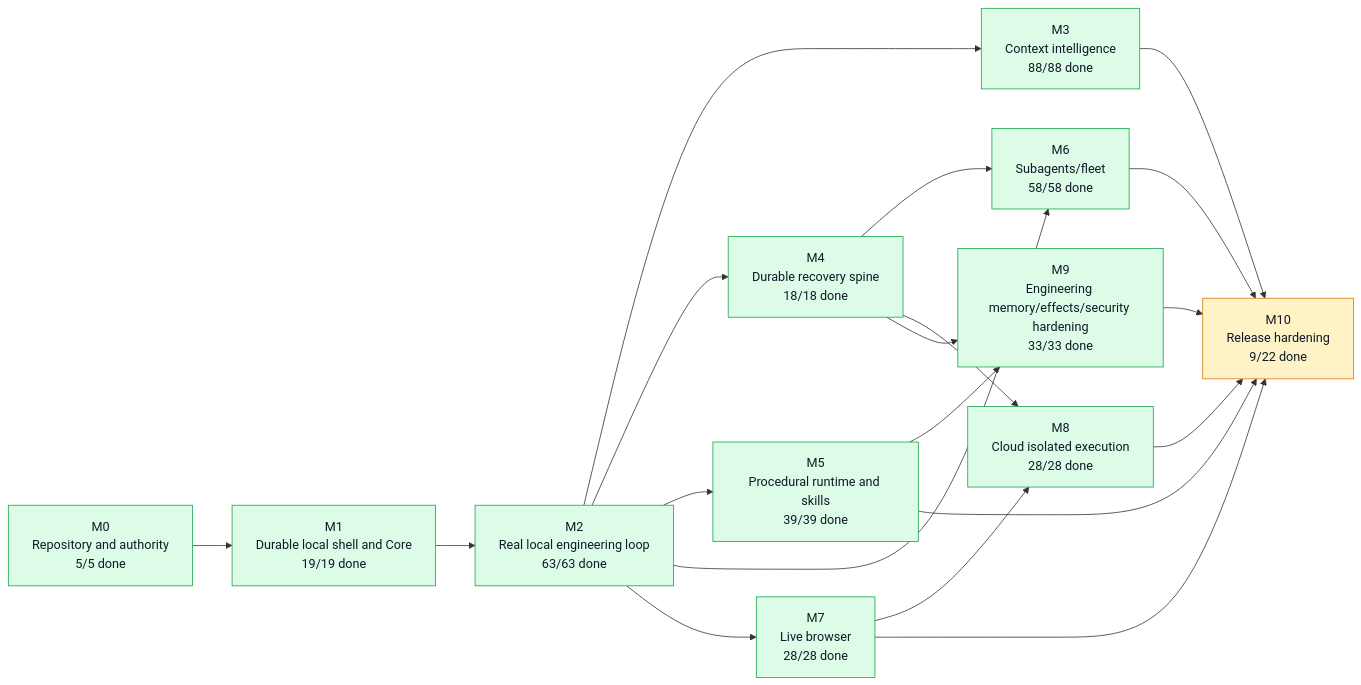
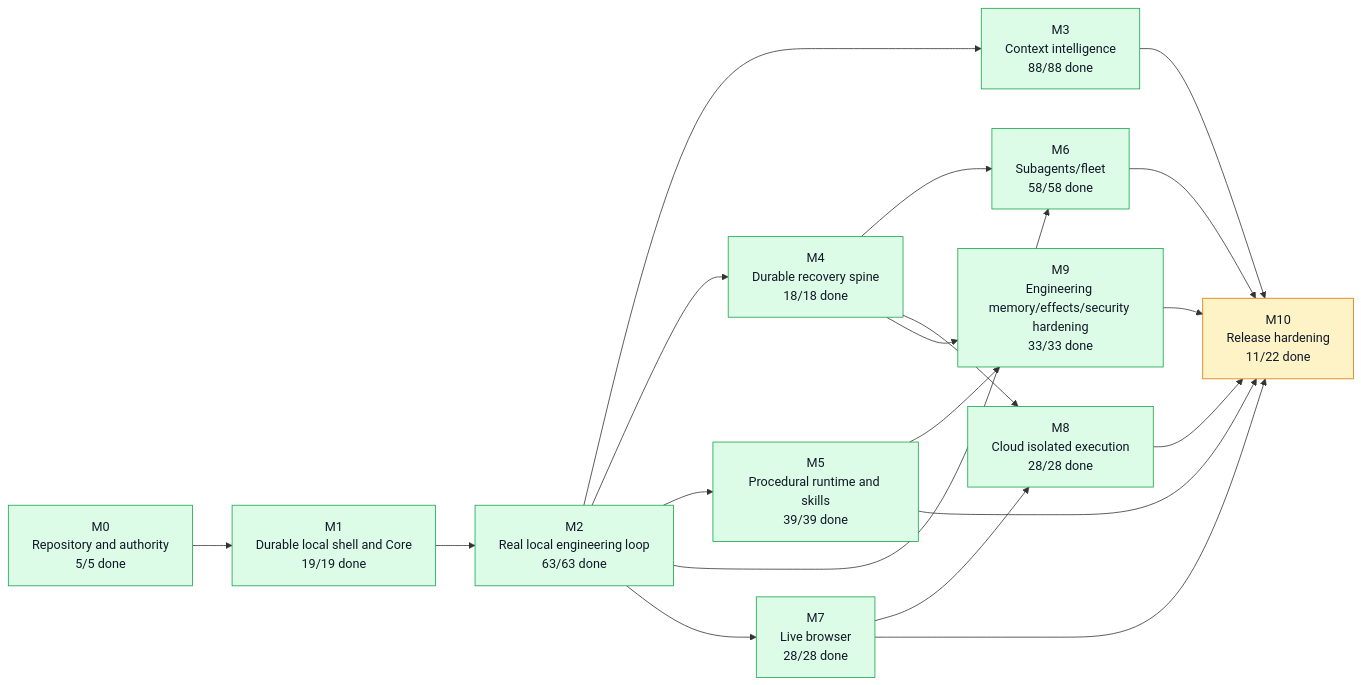
Before and after one commit to moss101/modbit: the first of 5 diagrams in graph/PROJECT_GRAPH.md, drawn with Mermaid. The commit also changed other lines of this file and 7 other files, not shown here.

````diff
--- a/graph/PROJECT_GRAPH.md
+++ b/graph/PROJECT_GRAPH.md
@@ -57,43 +57,43 @@
 ```mermaid
 flowchart LR
   M0["M0<br/>Repository and authority<br/>5/5 done"]
   M1["M1<br/>Durable local shell and Core<br/>19/19 done"]
   M2["M2<br/>Real local engineering loop<br/>63/63 done"]
   M3["M3<br/>Context intelligence<br/>88/88 done"]
   M4["M4<br/>Durable recovery spine<br/>18/18 done"]
   M5["M5<br/>Procedural runtime and skills<br/>39/39 done"]
   M6["M6<br/>Subagents/fleet<br/>58/58 done"]
   M7["M7<br/>Live browser<br/>28/28 done"]
   M8["M8<br/>Cloud isolated execution<br/>28/28 done"]
   M9["M9<br/>Engineering memory/effects/security hardening<br/>33/33 done"]
-  M10["M10<br/>Release hardening<br/>9/22 done"]
+  M10["M10<br/>Release hardening<br/>11/22 done"]
   M0 --> M1
   M1 --> M2
   M2 --> M3
   M2 --> M4
   M2 --> M5
   M2 --> M6
   M4 --> M6
   M2 --> M7
   M4 --> M8
   M7 --> M8
   M4 --> M9
   M5 --> M9
   M3 --> M10
   M5 --> M10
   M6 --> M10
   M7 --> M10
   M8 --> M10
   M9 --> M10
   style M0 fill:#dcfce7,stroke:#16a34a,color:#111827
   style M1 fill:#dcfce7,stroke:#16a34a,color:#111827
   style M2 fill:#dcfce7,stroke:#16a34a,color:#111827
   style M3 fill:#dcfce7,stroke:#16a34a,color:#111827
   style M4 fill:#dcfce7,stroke:#16a34a,color:#111827
   style M5 fill:#dcfce7,stroke:#16a34a,color:#111827
   style M6 fill:#dcfce7,stroke:#16a34a,color:#111827
   style M7 fill:#dcfce7,stroke:#16a34a,color:#111827
   style M8 fill:#dcfce7,stroke:#16a34a,color:#111827
   style M9 fill:#dcfce7,stroke:#16a34a,color:#111827
   style M10 fill:#fef3c7,stroke:#d97706,color:#111827
 ```
````
